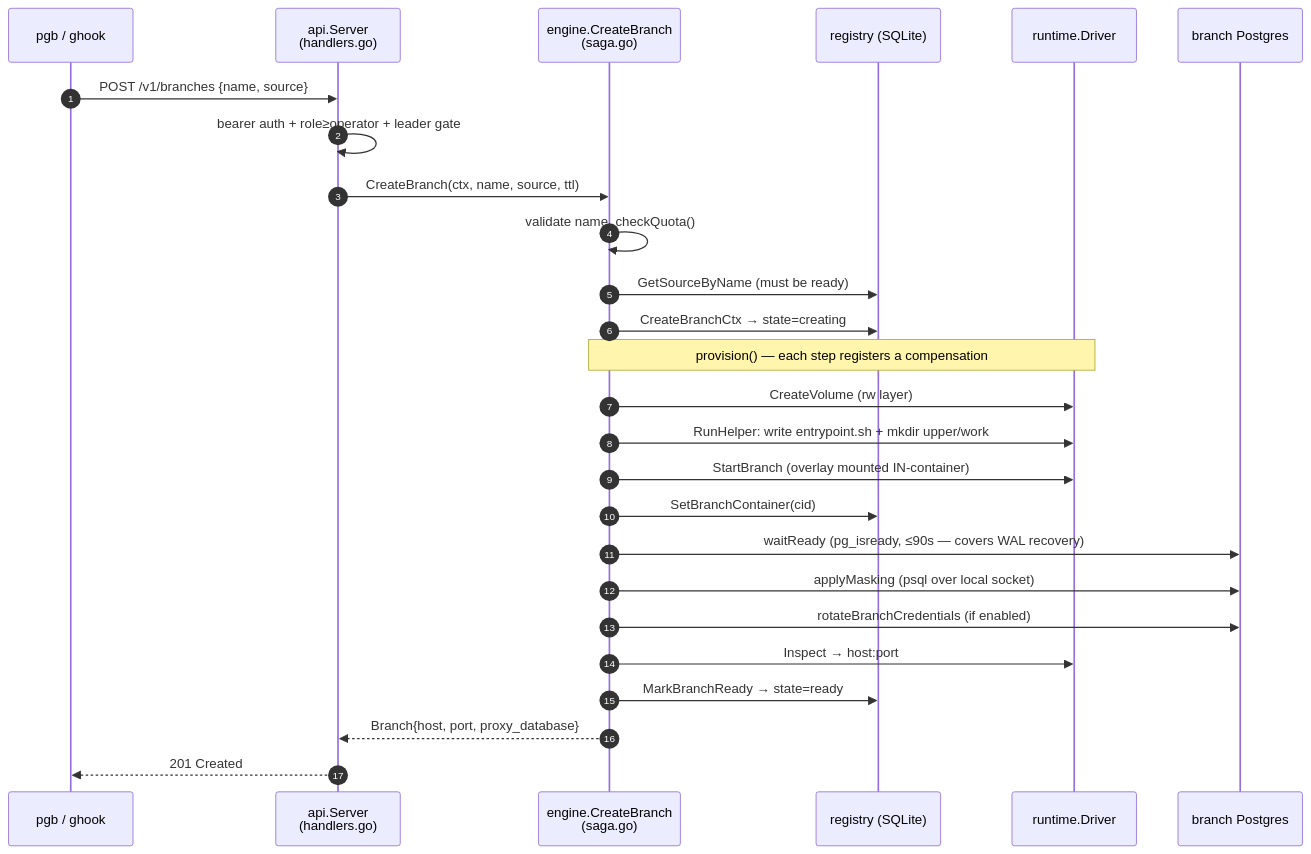
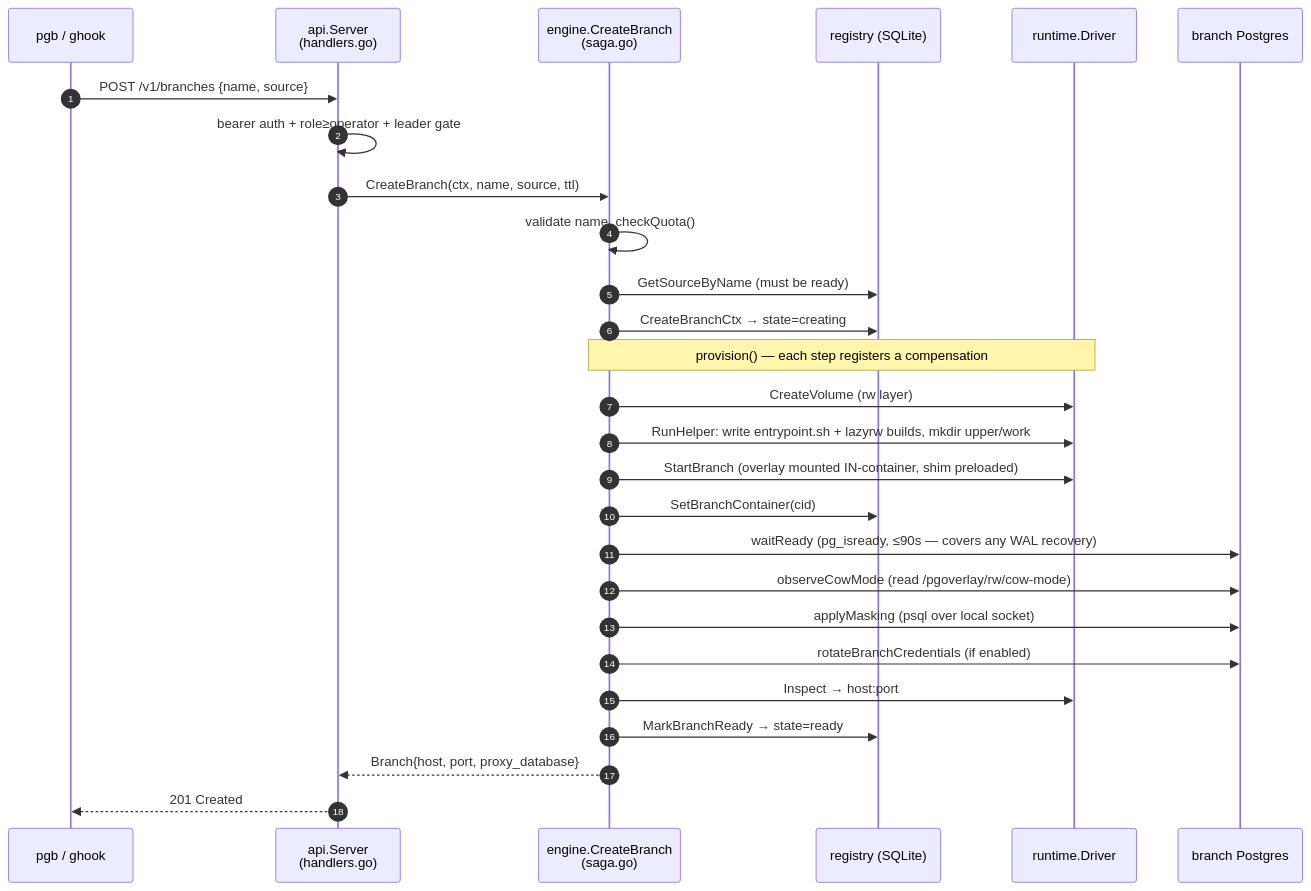
One commit to abd-ulbasit/pgoverlay changed the third of 5 diagrams in docs/code-tour.md. Above: the diagram before and after it, drawn with Mermaid. The commit also changed other lines of this file and 1 other file, not shown here.

First line of the commit message:
docs(code-tour): walk the shim install and cow-mode read; close deep dive 7

````diff
--- a/docs/code-tour.md
+++ b/docs/code-tour.md
@@ -302,29 +318,30 @@
 ```mermaid
 sequenceDiagram
     autonumber
     participant U as pgb / ghook
     participant API as api.Server<br/>(handlers.go)
     participant E as engine.CreateBranch<br/>(saga.go)
     participant R as registry (SQLite)
     participant D as runtime.Driver
     participant PG as branch Postgres
 
     U->>API: POST /v1/branches {name, source}
     API->>API: bearer auth + role≥operator + leader gate
     API->>E: CreateBranch(ctx, name, source, ttl)
     E->>E: validate name, checkQuota()
     E->>R: GetSourceByName (must be ready)
     E->>R: CreateBranchCtx → state=creating
     Note over E,D: provision() — each step registers a compensation
     E->>D: CreateVolume (rw layer)
-    E->>D: RunHelper: write entrypoint.sh + mkdir upper/work
-    E->>D: StartBranch (overlay mounted IN-container)
+    E->>D: RunHelper: write entrypoint.sh + lazyrw builds, mkdir upper/work
+    E->>D: StartBranch (overlay mounted IN-container, shim preloaded)
     E->>R: SetBranchContainer(cid)
-    E->>PG: waitReady (pg_isready, ≤90s — covers WAL recovery)
+    E->>PG: waitReady (pg_isready, ≤90s — covers any WAL recovery)
+    E->>PG: observeCowMode (read /pgoverlay/rw/cow-mode)
     E->>PG: applyMasking (psql over local socket)
     E->>PG: rotateBranchCredentials (if enabled)
     E->>D: Inspect → host:port
     E->>R: MarkBranchReady → state=ready
     E-->>API: Branch{host, port, proxy_database}
     API-->>U: 201 Created
 ```
````
